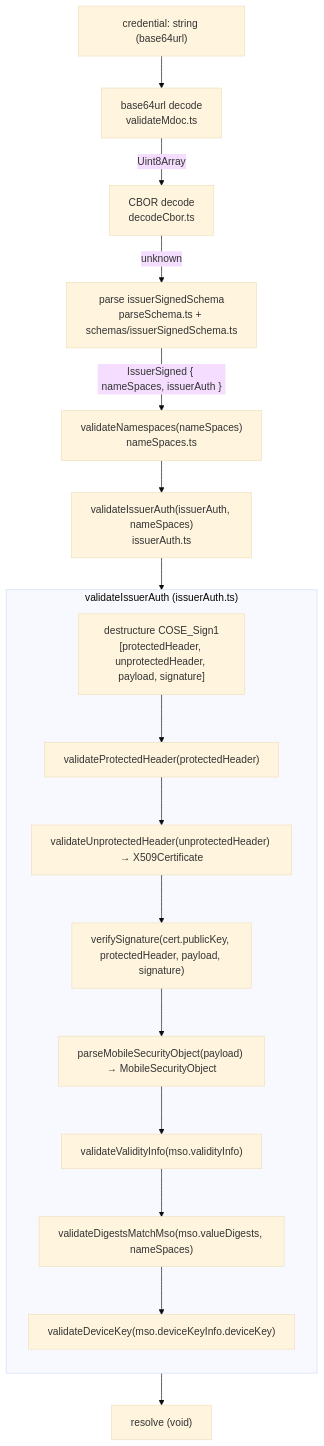
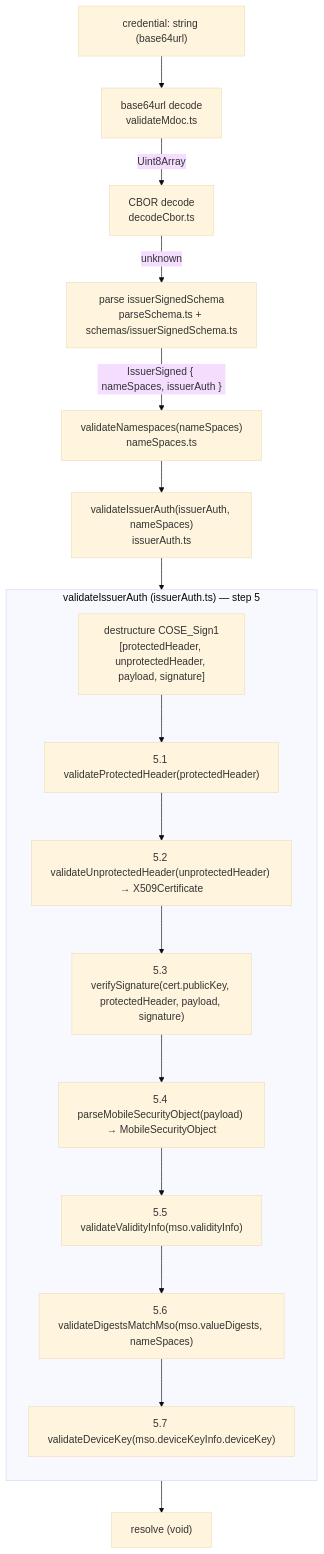
The diagram in docs/architecture.md (govuk-one-login/mobile-wallet-mdoc-validator), drawn with Mermaid (base theme) before and after one commit. The commit also changed other lines of this file, not shown here.

Commit message:
docs: refine architecture reference numbering and CBOR decode surfaces

````diff
--- a/docs/architecture.md
+++ b/docs/architecture.md
@@ -16,23 +16,23 @@
 ```mermaid
 flowchart TD
     A["credential: string (base64url)"] --> B["base64url decode<br/>validateMdoc.ts"]
     B -->|"Uint8Array"| C["CBOR decode<br/>decodeCbor.ts"]
     C -->|"unknown"| D["parse issuerSignedSchema<br/>parseSchema.ts + schemas/issuerSignedSchema.ts"]
     D -->|"IssuerSigned { nameSpaces, issuerAuth }"| E["validateNamespaces(nameSpaces)<br/>nameSpaces.ts"]
     E --> F["validateIssuerAuth(issuerAuth, nameSpaces)<br/>issuerAuth.ts"]
 
-    subgraph IA["validateIssuerAuth (issuerAuth.ts)"]
+    subgraph IA["validateIssuerAuth (issuerAuth.ts) — step 5"]
         direction TD
         F1["destructure COSE_Sign1<br/>[protectedHeader, unprotectedHeader, payload, signature]"]
-        F1 --> F2["validateProtectedHeader(protectedHeader)"]
-        F2 --> F3["validateUnprotectedHeader(unprotectedHeader) → X509Certificate"]
-        F3 --> F4["verifySignature(cert.publicKey, protectedHeader, payload, signature)"]
-        F4 --> F5["parseMobileSecurityObject(payload) → MobileSecurityObject"]
-        F5 --> F6["validateValidityInfo(mso.validityInfo)"]
-        F6 --> F7["validateDigestsMatchMso(mso.valueDigests, nameSpaces)"]
-        F7 --> F8["validateDeviceKey(mso.deviceKeyInfo.deviceKey)"]
+        F1 --> F2["5.1 validateProtectedHeader(protectedHeader)"]
+        F2 --> F3["5.2 validateUnprotectedHeader(unprotectedHeader) → X509Certificate"]
+        F3 --> F4["5.3 verifySignature(cert.publicKey, protectedHeader, payload, signature)"]
+        F4 --> F5["5.4 parseMobileSecurityObject(payload) → MobileSecurityObject"]
+        F5 --> F6["5.5 validateValidityInfo(mso.validityInfo)"]
+        F6 --> F7["5.6 validateDigestsMatchMso(mso.valueDigests, nameSpaces)"]
+        F7 --> F8["5.7 validateDeviceKey(mso.deviceKeyInfo.deviceKey)"]
     end
 
     F --> IA
     F8 --> G["resolve (void)"]
 ```
````
